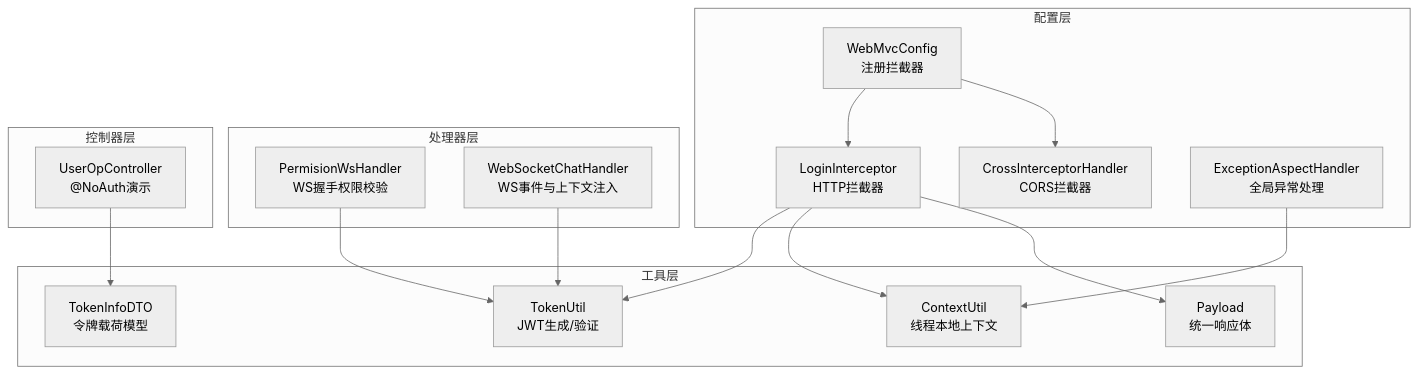
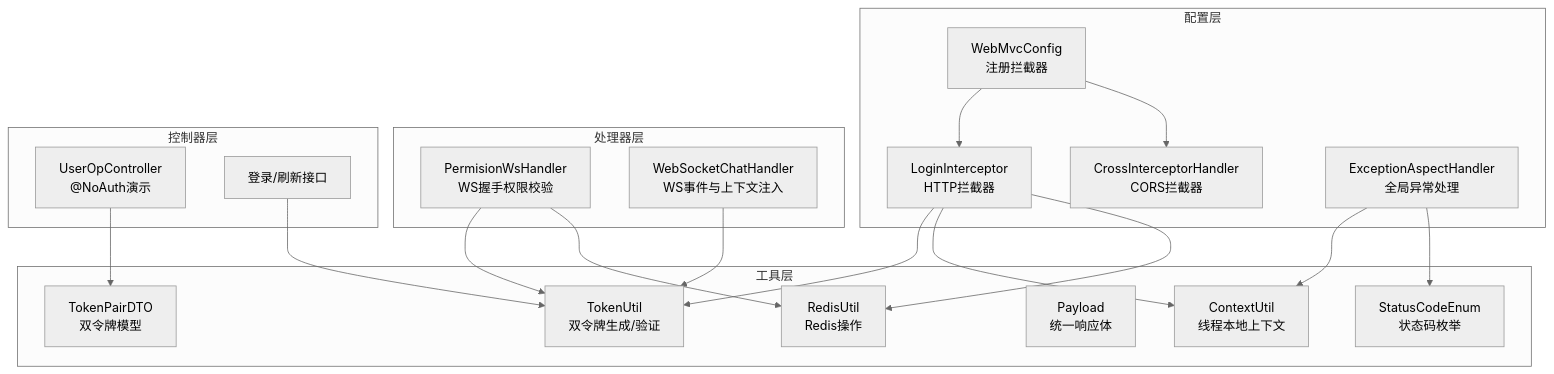
The first of 9 diagrams in .qoder/repowiki/zh/content/安全与认证/权限拦截器.md (liftp/chat_simple), drawn with Mermaid (neutral theme) before and after one commit. The commit also changed other lines of this file and 6 other files, not shown here.

````diff
--- a/.qoder/repowiki/zh/content/安全与认证/权限拦截器.md
+++ b/.qoder/repowiki/zh/content/安全与认证/权限拦截器.md
@@ -50,31 +62,37 @@
 ```mermaid
 graph TB
 subgraph "配置层"
 A["WebMvcConfig<br/>注册拦截器"]
 B["LoginInterceptor<br/>HTTP拦截器"]
 C["CrossInterceptorHandler<br/>CORS拦截器"]
 D["ExceptionAspectHandler<br/>全局异常处理"]
 end
 subgraph "工具层"
 E["ContextUtil<br/>线程本地上下文"]
-F["TokenUtil<br/>JWT生成/验证"]
-G["Payload<br/>统一响应体"]
-H["TokenInfoDTO<br/>令牌载荷模型"]
+F["TokenUtil<br/>双令牌生成/验证"]
+G["RedisUtil<br/>Redis操作"]
+H["Payload<br/>统一响应体"]
+I["TokenPairDTO<br/>双令牌模型"]
+J["StatusCodeEnum<br/>状态码枚举"]
 end
 subgraph "处理器层"
-I["PermisionWsHandler<br/>WS握手权限校验"]
-J["WebSocketChatHandler<br/>WS事件与上下文注入"]
+K["PermisionWsHandler<br/>WS握手权限校验"]
+L["WebSocketChatHandler<br/>WS事件与上下文注入"]
 end
 subgraph "控制器层"
-K["UserOpController<br/>@NoAuth演示"]
+M["UserOpController<br/>@NoAuth演示"]
+N["登录/刷新接口"]
 end
 A --> B
 A --> C
 B --> F
 B --> E
 B --> G
 D --> E
-I --> F
-J --> F
-K --> H
+D --> J
+K --> F
+K --> G
+L --> F
+M --> I
+N --> F
 ```
````
